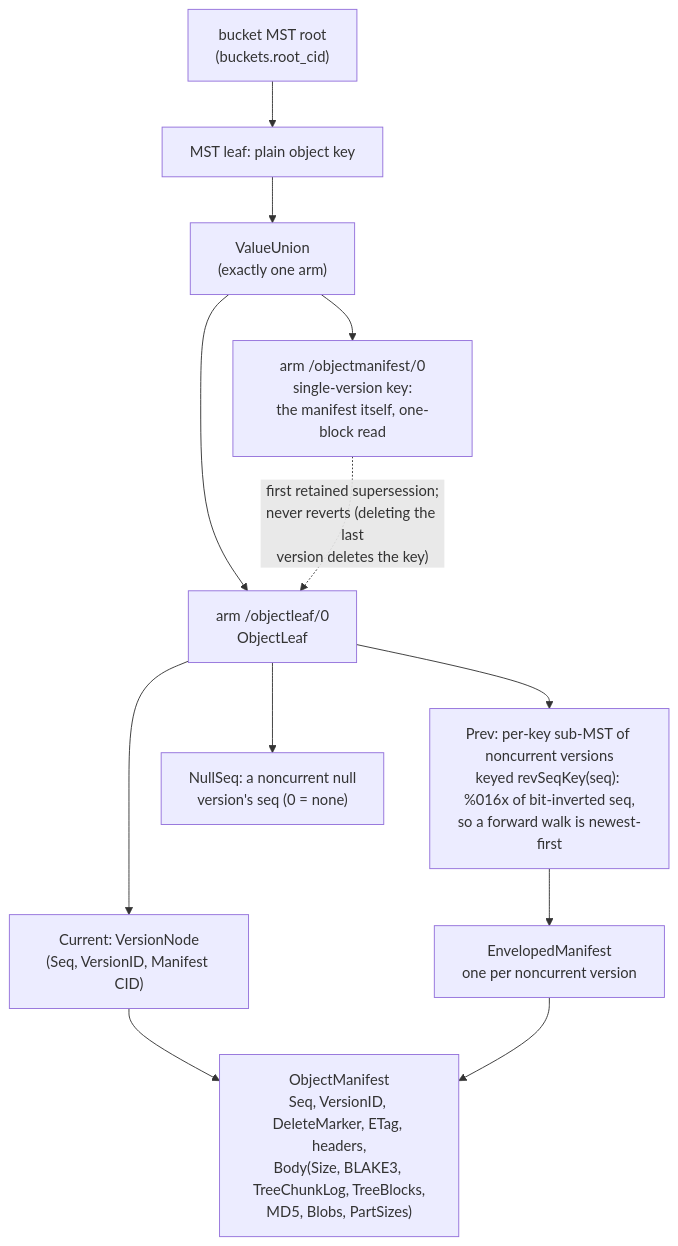
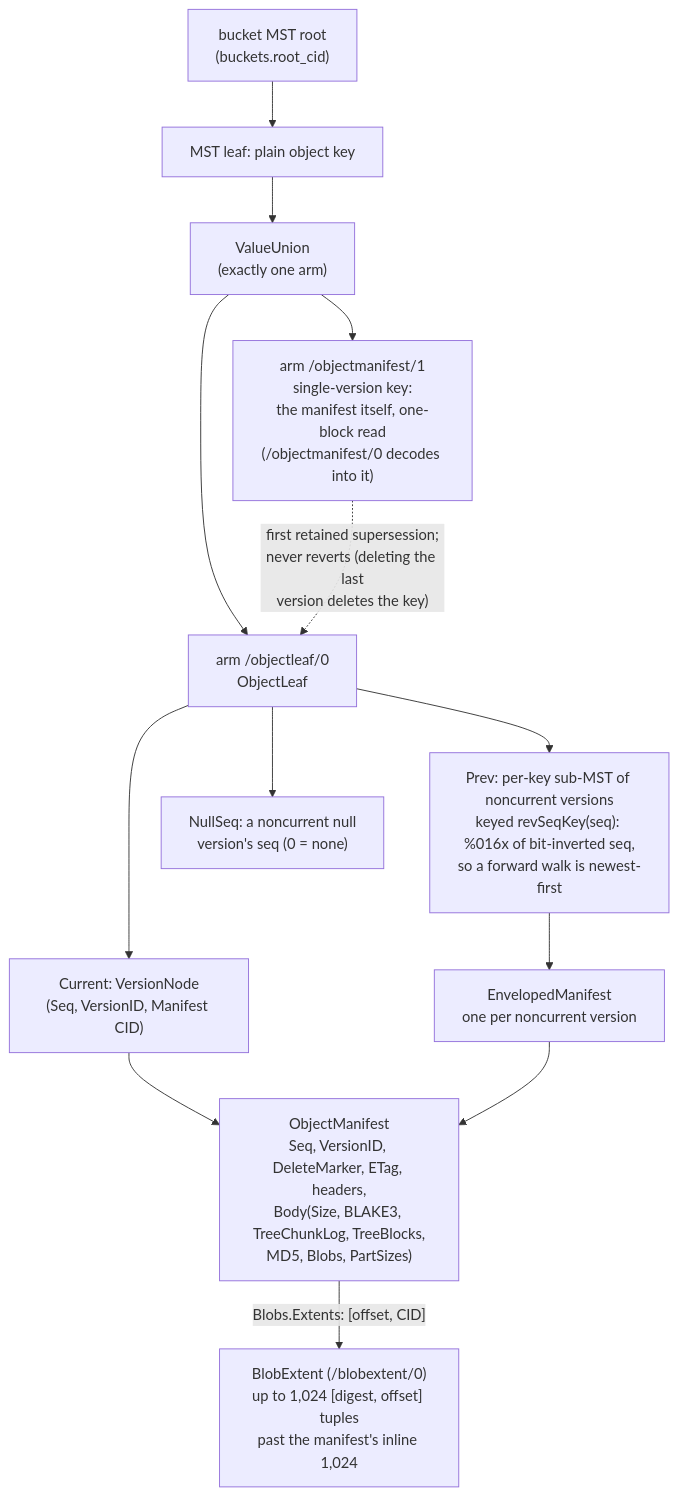
One commit to fil-forge/ingot changed the ninth of 14 diagrams in docs/diagrams.md. Above: the diagram before and after it, drawn with Mermaid. The commit also changed other lines of this file and 37 other files, not shown here.

````diff
--- a/docs/diagrams.md
+++ b/docs/diagrams.md
@@ -687,24 +690,26 @@
 ```mermaid
 flowchart TB
     root["bucket MST root<br/>(buckets.root_cid)"]
     leafk["MST leaf: plain object key"]
     union["ValueUnion<br/>(exactly one arm)"]
-    mans["arm /objectmanifest/0<br/>single-version key:<br/>the manifest itself, one-block read"]
+    mans["arm /objectmanifest/1<br/>single-version key:<br/>the manifest itself, one-block read<br/>(/objectmanifest/0 decodes into it)"]
     leaf["arm /objectleaf/0<br/>ObjectLeaf"]
     cur["Current: VersionNode<br/>(Seq, VersionID, Manifest CID)"]
     prev["Prev: per-key sub-MST of noncurrent versions<br/>keyed revSeqKey(seq): %016x of bit-inverted seq,<br/>so a forward walk is newest-first"]
     nulls["NullSeq: a noncurrent null<br/>version's seq (0 = none)"]
     em["EnvelopedManifest<br/>one per noncurrent version"]
     mf["ObjectManifest<br/>Seq, VersionID, DeleteMarker, ETag, headers,<br/>Body(Size, BLAKE3, TreeChunkLog, TreeBlocks,<br/>MD5, Blobs, PartSizes)"]
+    ext["BlobExtent (/blobextent/0)<br/>up to 1,024 [digest, offset] tuples<br/>past the manifest's inline 1,024"]
 
     root --> leafk --> union
     union --> mans
     union --> leaf
     mans -.->|"first retained supersession;<br/>never reverts (deleting the last<br/>version deletes the key)"| leaf
     leaf --> cur
     leaf --> prev
     leaf --> nulls
     prev --> em
     cur --> mf
     em --> mf
+    mf -->|"Blobs.Extents: [offset, CID]"| ext
 ```
````
